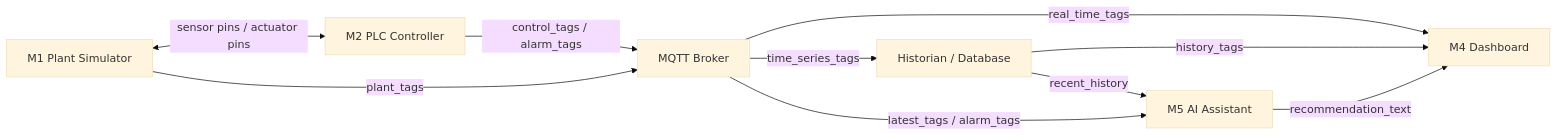
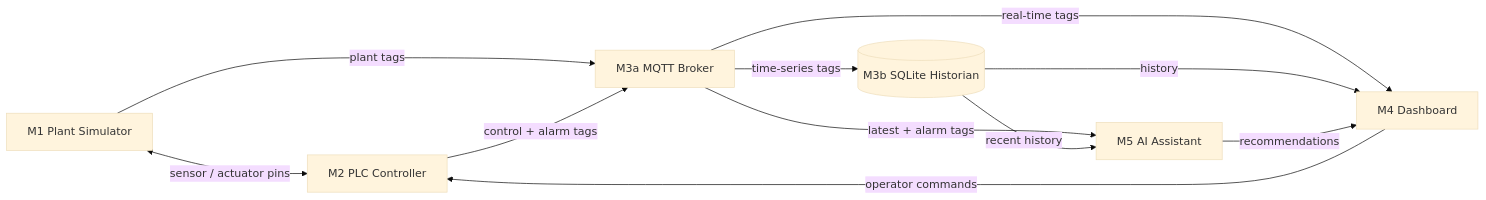
Before and after one commit to CHEN-ZIBO/TUMA206MDI: the diagram in README.md, drawn with Mermaid (base theme). The commit also changed other lines of this file and 20 other files, not shown here.

````diff
--- a/README.md
+++ b/README.md
@@ -191,12 +38,13 @@
 ```mermaid
 flowchart LR
-    M1[M1 Plant Simulator] <--> |sensor pins / actuator pins| M2[M2 PLC Controller]
-    M1 --> |plant_tags| M3[MQTT Broker]
-    M2 --> |control_tags / alarm_tags| M3
-    M3 --> |real_time_tags| M4[M4 Dashboard]
-    M3 --> |time_series_tags| DB[Historian / Database]
-    DB --> |history_tags| M4
-    M3 --> |latest_tags / alarm_tags| M5[M5 AI Assistant]
-    DB --> |recent_history| M5
-    M5 --> |recommendation_text| M4
+    M1[M1 Plant Simulator] <-->|sensor / actuator pins| M2[M2 PLC Controller]
+    M1 -->|plant tags| M3[M3a MQTT Broker]
+    M2 -->|control + alarm tags| M3
+    M3 -->|real-time tags| M4[M4 Dashboard]
+    M3 -->|time-series tags| DB[(M3b SQLite Historian)]
+    DB -->|history| M4
+    M3 -->|latest + alarm tags| M5[M5 AI Assistant]
+    DB -->|recent history| M5
+    M5 -->|recommendations| M4
+    M4 -->|operator commands| M2
 ```
````
